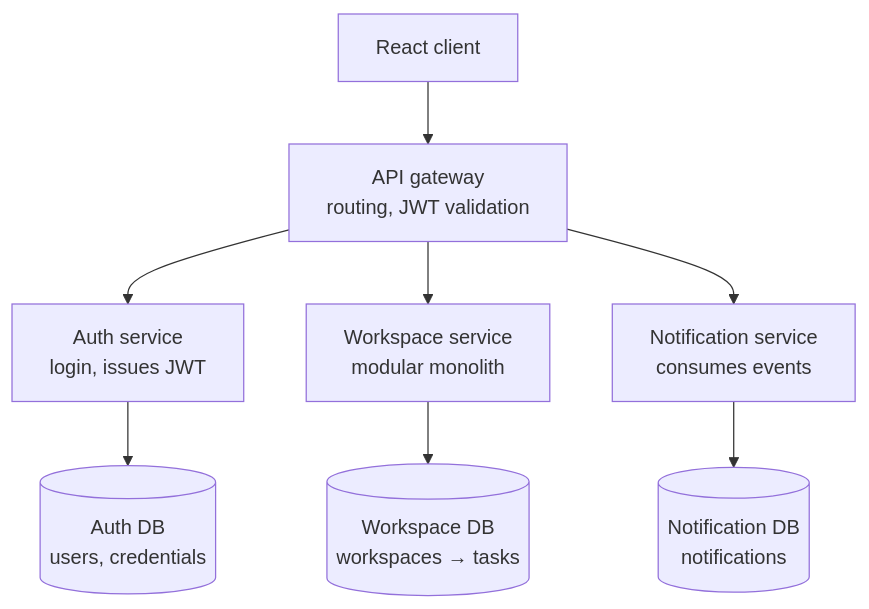
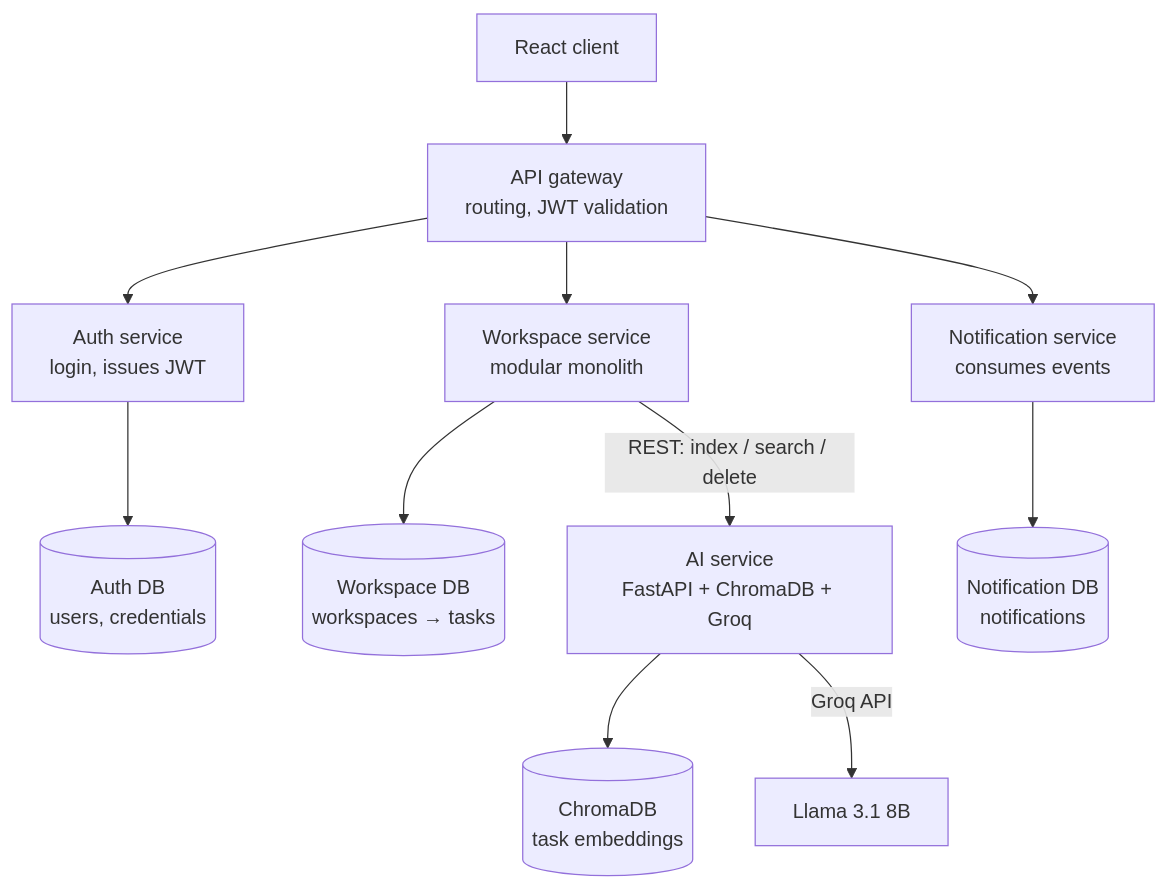
Before and after one commit to yogeshbhatt0731-sudo/team-collab-app: the first of 2 diagrams in docs/team_collab_microservices_architecture.md, drawn with Mermaid. The commit also changed other lines of this file and 1 other file, not shown here.

Commit message:
updated docs and readme with ai-service

````diff
--- a/docs/team_collab_microservices_architecture.md
+++ b/docs/team_collab_microservices_architecture.md
@@ -29,19 +34,24 @@
 ```mermaid
 flowchart TD
     C[React client]
     G[API gateway<br/>routing, JWT validation]
     A[Auth service<br/>login, issues JWT]
     W[Workspace service<br/>modular monolith]
+    AI[AI service<br/>FastAPI + ChromaDB + Groq]
     N[Notification service<br/>consumes events]
     ADB[(Auth DB<br/>users, credentials)]
     WDB[(Workspace DB<br/>workspaces → tasks)]
+    VDB[(ChromaDB<br/>task embeddings)]
     NDB[(Notification DB<br/>notifications)]
 
     C --> G
     G --> A
     G --> W
     G --> N
     A --> ADB
     W --> WDB
+    W -- REST: index / search / delete --> AI
+    AI --> VDB
+    AI -- Groq API --> LLM[Llama 3.1 8B]
     N --> NDB
 ```
````
